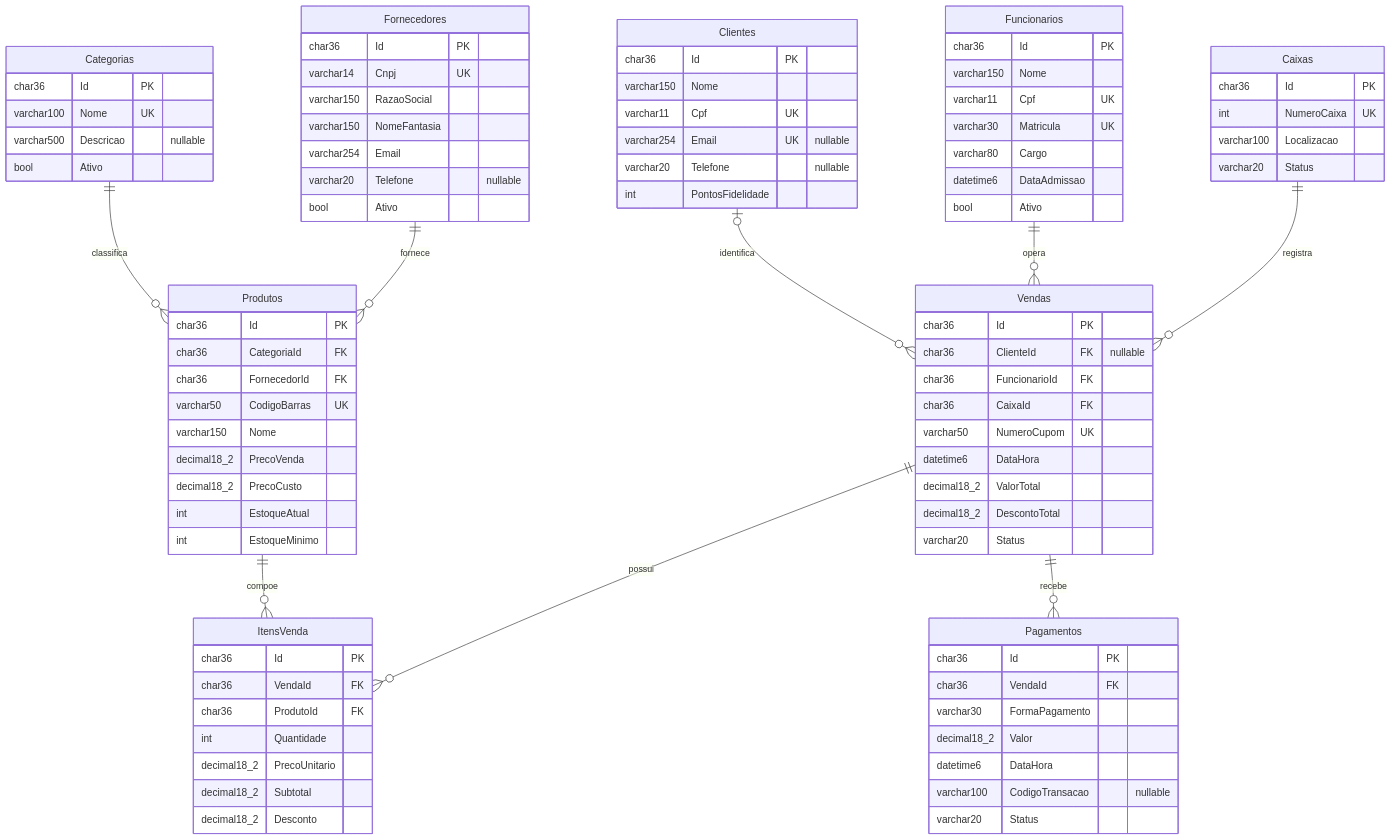
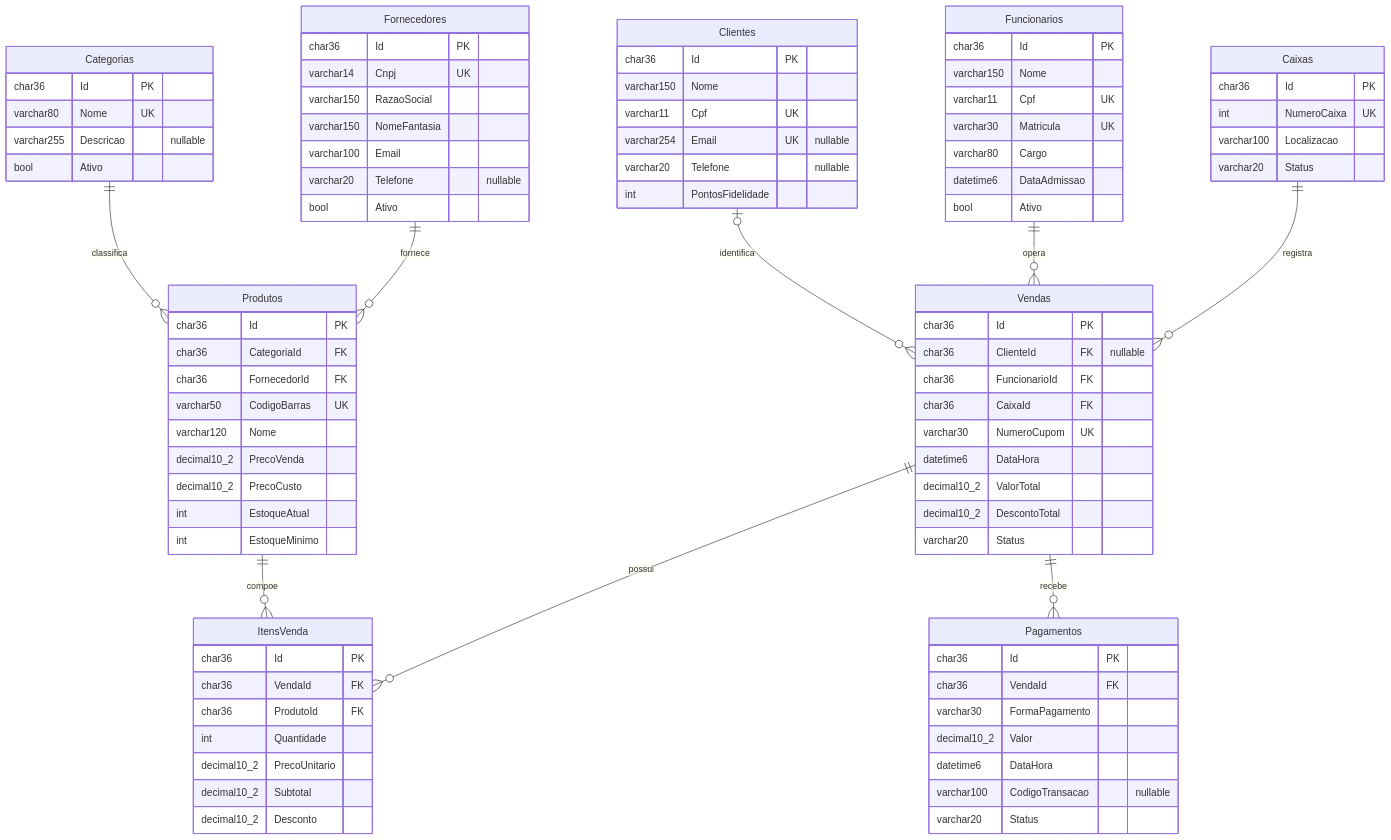
Before and after one commit to If-Kaliel/supermercadosystem: the diagram in docs/modelo-fisico.md, drawn with Mermaid. The commit also changed other lines of this file and 2 other files, not shown here.

Commit message:
Atualiza esquema físico e registra validação do CP2

```diff
--- a/docs/modelo-fisico.md
+++ b/docs/modelo-fisico.md
@@ -14,8 +14,8 @@
     Vendas ||--o{ Pagamentos : recebe
     Categorias {
         char36 Id PK
-        varchar100 Nome UK
-        varchar500 Descricao "nullable"
+        varchar80 Nome UK
+        varchar255 Descricao "nullable"
         bool Ativo
     }
     Fornecedores {
@@ -23,7 +23,7 @@
         varchar14 Cnpj UK
         varchar150 RazaoSocial
         varchar150 NomeFantasia
-        varchar254 Email
+        varchar100 Email
         varchar20 Telefone "nullable"
         bool Ativo
     }
@@ -32,9 +32,9 @@
         char36 CategoriaId FK
         char36 FornecedorId FK
         varchar50 CodigoBarras UK
-        varchar150 Nome
-        decimal18_2 PrecoVenda
-        decimal18_2 PrecoCusto
+        varchar120 Nome
+        decimal10_2 PrecoVenda
+        decimal10_2 PrecoCusto
         int EstoqueAtual
         int EstoqueMinimo
     }
@@ -66,10 +66,10 @@
         char36 ClienteId FK "nullable"
         char36 FuncionarioId FK
         char36 CaixaId FK
-        varchar50 NumeroCupom UK
+        varchar30 NumeroCupom UK
         datetime6 DataHora
-        decimal18_2 ValorTotal
-        decimal18_2 DescontoTotal
+        decimal10_2 ValorTotal
+        decimal10_2 DescontoTotal
         varchar20 Status
     }
     ItensVenda {
@@ -77,15 +77,15 @@
         char36 VendaId FK
         char36 ProdutoId FK
         int Quantidade
-        decimal18_2 PrecoUnitario
-        decimal18_2 Subtotal
-        decimal18_2 Desconto
+        decimal10_2 PrecoUnitario
+        decimal10_2 Subtotal
+        decimal10_2 Desconto
     }
     Pagamentos {
         char36 Id PK
         char36 VendaId FK
         varchar30 FormaPagamento
-        decimal18_2 Valor
+        decimal10_2 Valor
         datetime6 DataHora
         varchar100 CodigoTransacao "nullable"
         varchar20 Status
```
